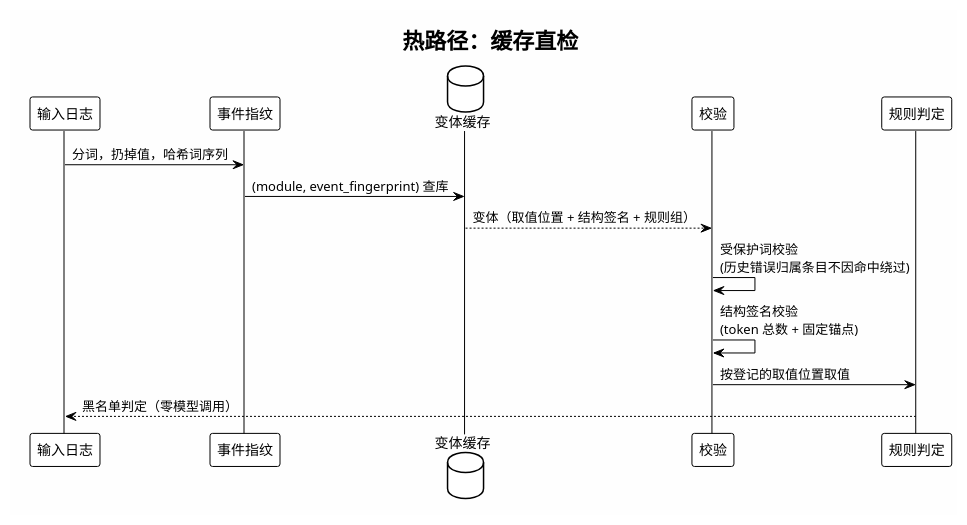
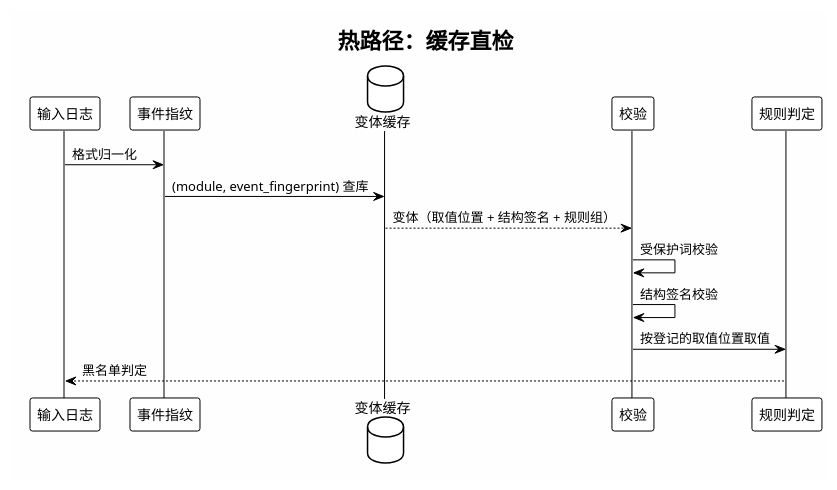
Before and after one commit to HouMonKy/TIG-PIPLUP: the seventh of 13 diagrams in LogNet3.0方案设计与实现文档.md, drawn with PlantUML. The commit also changed other lines of this file, not shown here.

````diff
--- a/LogNet3.0方案设计与实现文档.md
+++ b/LogNet3.0方案设计与实现文档.md
@@ -861,24 +532,24 @@
 ```plantuml
 @startuml Parameter_Hot_Sequence
 !theme plain
 skinparam backgroundColor #FEFEFE
 skinparam shadowing false
 
 title 热路径：缓存直检
 
 participant "输入日志" as Log
 participant "事件指纹" as FP
 database "变体缓存" as Store
 participant "校验" as Check
 participant "规则判定" as Rule
 
-Log -> FP: 分词，扔掉值，哈希词序列
+Log -> FP: 格式归一化
 FP -> Store: (module, event_fingerprint) 查库
 Store --> Check: 变体（取值位置 + 结构签名 + 规则组）
-Check -> Check: 受保护词校验\n(历史错误归属条目不因命中绕过)
-Check -> Check: 结构签名校验\n(token 总数 + 固定锚点)
+Check -> Check: 受保护词校验
+Check -> Check: 结构签名校验
 Check -> Rule: 按登记的取值位置取值
-Rule --> Log: 黑名单判定（零模型调用）
+Rule --> Log: 黑名单判定
 
 @enduml
 ```
````
